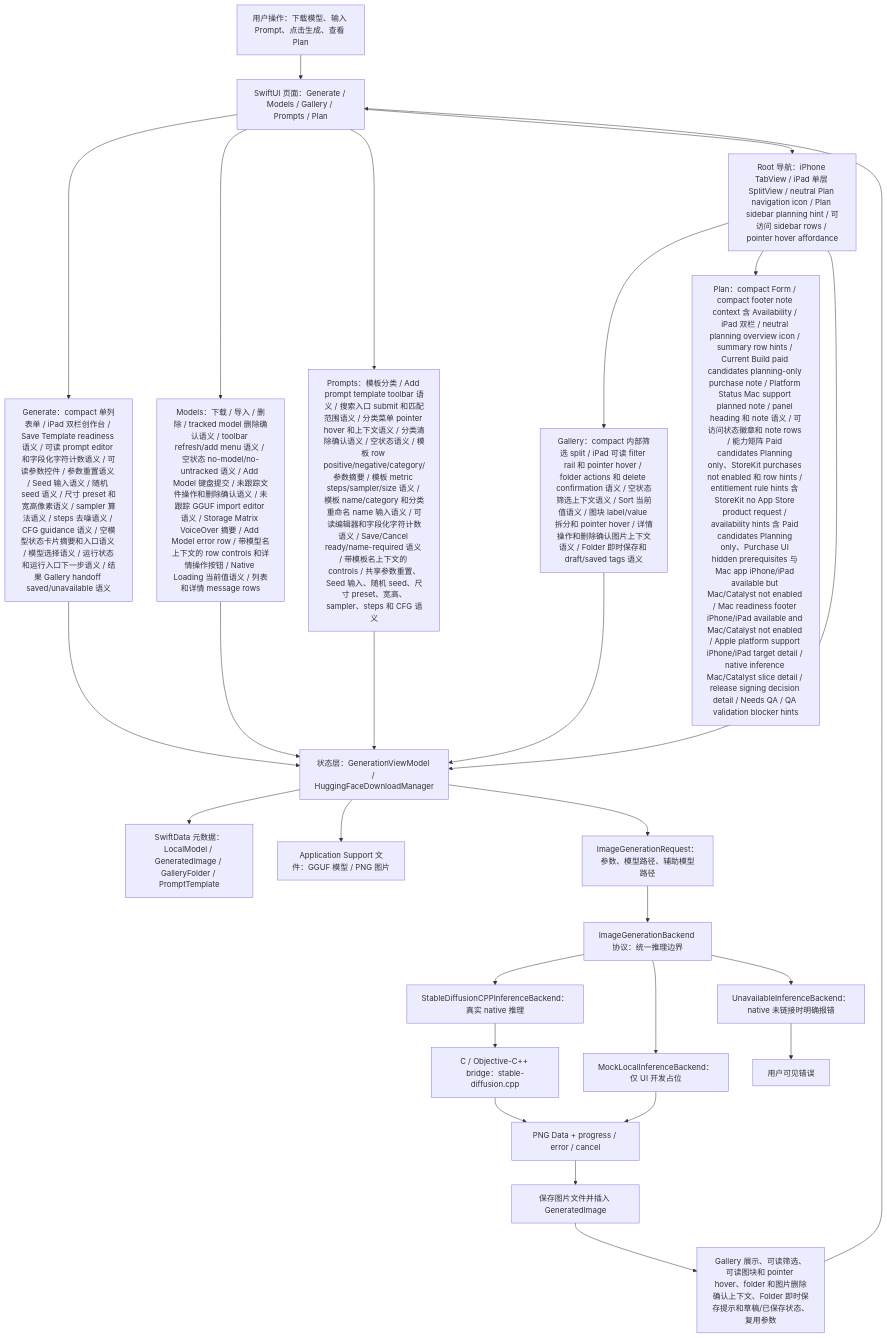
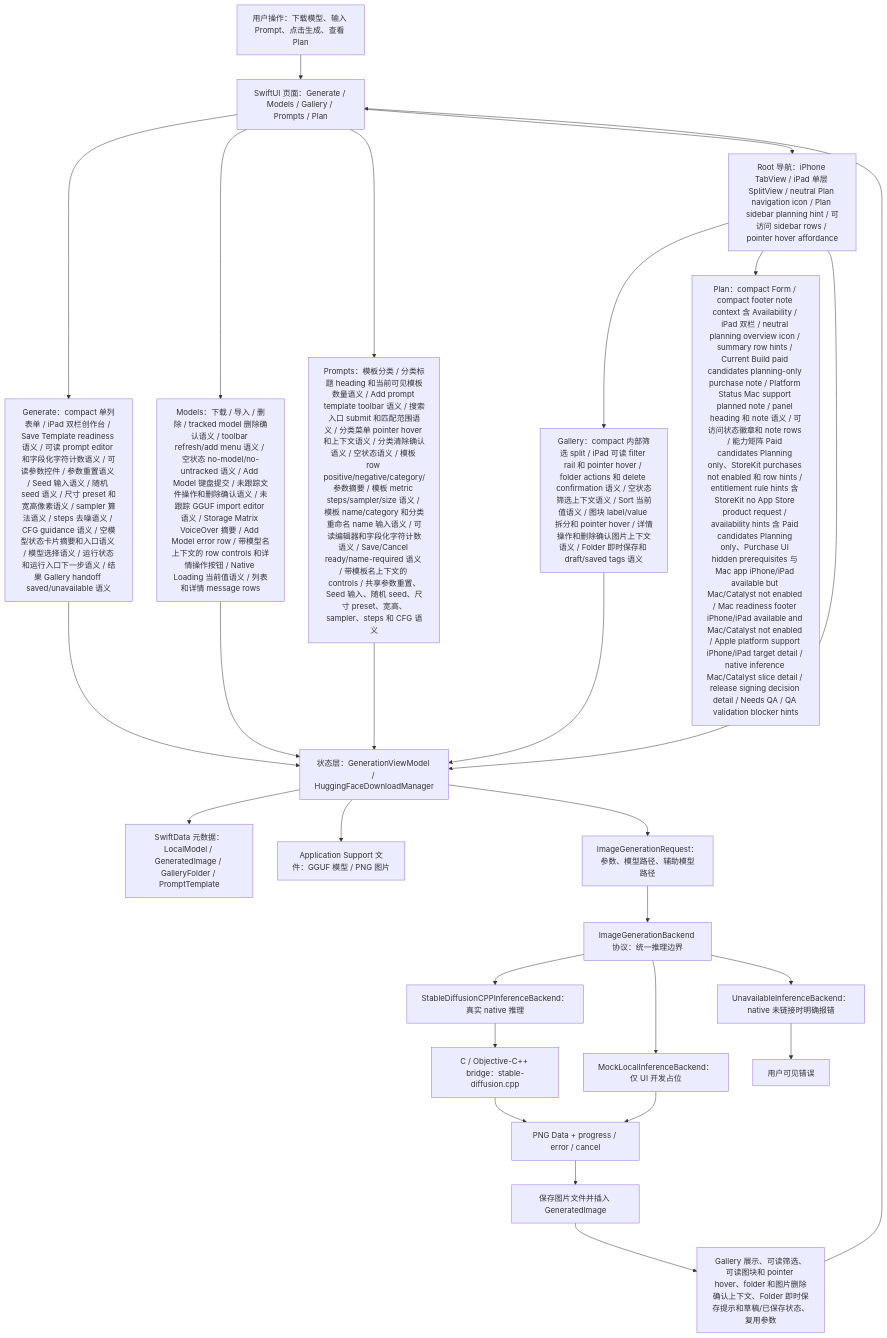
One commit to Altman-sam114/118 changed the first of 7 diagrams in md/flow/flowchart.md. Above: the diagram before and after it, drawn with Mermaid. The commit also changed 5 other files, not shown here.

First line of the commit message:
v1.105: Prompt category header semantics

````diff
--- a/md/flow/flowchart.md
+++ b/md/flow/flowchart.md
@@ -9,29 +9,29 @@
 ```mermaid
 flowchart TD
   U["用户操作：下载模型、输入 Prompt、点击生成、查看 Plan"] --> UI["SwiftUI 页面：Generate / Models / Gallery / Prompts / Plan"]
   UI --> GENUI["Generate：compact 单列表单 / iPad 双栏创作台 / Save Template readiness 语义 / 可读 prompt editor 和字段化字符计数语义 / 可读参数控件 / 参数重置语义 / Seed 输入语义 / 随机 seed 语义 / 尺寸 preset 和宽高像素语义 / sampler 算法语义 / steps 去噪语义 / CFG guidance 语义 / 空模型状态卡片摘要和入口语义 / 模型选择语义 / 运行状态和运行入口下一步语义 / 结果 Gallery handoff saved/unavailable 语义"]
   UI --> MODELUI["Models：下载 / 导入 / 删除 / tracked model 删除确认语义 / toolbar refresh/add menu 语义 / 空状态 no-model/no-untracked 语义 / Add Model 键盘提交 / 未跟踪文件操作和删除确认语义 / 未跟踪 GGUF import editor 语义 / Storage Matrix VoiceOver 摘要 / Add Model error row / 带模型名上下文的 row controls 和详情操作按钮 / Native Loading 当前值语义 / 列表和详情 message rows"]
-  UI --> PROMPTUI["Prompts：模板分类 / Add prompt template toolbar 语义 / 搜索入口 submit 和匹配范围语义 / 分类菜单 pointer hover 和上下文语义 / 分类清除确认语义 / 空状态语义 / 模板 row positive/negative/category/参数摘要 / 模板 metric steps/sampler/size 语义 / 模板 name/category 和分类重命名 name 输入语义 / 可读编辑器和字段化字符计数语义 / Save/Cancel ready/name-required 语义 / 带模板名上下文的 controls / 共享参数重置、Seed 输入、随机 seed、尺寸 preset、宽高、sampler、steps 和 CFG 语义"]
+  UI --> PROMPTUI["Prompts：模板分类 / 分类标题 heading 和当前可见模板数量语义 / Add prompt template toolbar 语义 / 搜索入口 submit 和匹配范围语义 / 分类菜单 pointer hover 和上下文语义 / 分类清除确认语义 / 空状态语义 / 模板 row positive/negative/category/参数摘要 / 模板 metric steps/sampler/size 语义 / 模板 name/category 和分类重命名 name 输入语义 / 可读编辑器和字段化字符计数语义 / Save/Cancel ready/name-required 语义 / 带模板名上下文的 controls / 共享参数重置、Seed 输入、随机 seed、尺寸 preset、宽高、sampler、steps 和 CFG 语义"]
   UI --> NAV["Root 导航：iPhone TabView / iPad 单层 SplitView / neutral Plan navigation icon / Plan sidebar planning hint / 可访问 sidebar rows / pointer hover affordance"]
   NAV --> GALUI["Gallery：compact 内部筛选 split / iPad 可读 filter rail 和 pointer hover / folder actions 和 delete confirmation 语义 / 空状态筛选上下文语义 / Sort 当前值语义 / 图块 label/value 拆分和 pointer hover / 详情操作和删除确认图片上下文语义 / Folder 即时保存和 draft/saved tags 语义"]
   NAV --> PLANUI["Plan：compact Form / compact footer note context 含 Availability / iPad 双栏 / neutral planning overview icon / summary row hints / Current Build paid candidates planning-only purchase note / Platform Status Mac support planned note / panel heading 和 note 语义 / 可访问状态徽章和 note rows / 能力矩阵 Paid candidates Planning only、StoreKit purchases not enabled 和 row hints / entitlement rule hints 含 StoreKit no App Store product request / availability hints 含 Paid candidates Planning only、Purchase UI hidden prerequisites 与 Mac app iPhone/iPad available but Mac/Catalyst not enabled / Mac readiness footer iPhone/iPad available and Mac/Catalyst not enabled / Apple platform support iPhone/iPad target detail / native inference Mac/Catalyst slice detail / release signing decision detail / Needs QA / QA validation blocker hints"]
   NAV --> VM["状态层：GenerationViewModel / HuggingFaceDownloadManager"]
   GENUI --> VM
   MODELUI --> VM
   PROMPTUI --> VM
   GALUI --> VM
   VM --> SD["SwiftData 元数据：LocalModel / GeneratedImage / GalleryFolder / PromptTemplate"]
   VM --> FS["Application Support 文件：GGUF 模型 / PNG 图片"]
   VM --> REQ["ImageGenerationRequest：参数、模型路径、辅助模型路径"]
   REQ --> IFACE["ImageGenerationBackend 协议：统一推理边界"]
   IFACE --> NATIVE["StableDiffusionCPPInferenceBackend：真实 native 推理"]
   IFACE --> MOCK["MockLocalInferenceBackend：仅 UI 开发占位"]
   IFACE --> OFF["UnavailableInferenceBackend：native 未链接时明确报错"]
   NATIVE --> BRIDGE["C / Objective-C++ bridge：stable-diffusion.cpp"]
   BRIDGE --> PNG["PNG Data + progress / error / cancel"]
   MOCK --> PNG
   OFF --> ERR["用户可见错误"]
   PNG --> SAVE["保存图片文件并插入 GeneratedImage"]
   SAVE --> GALLERY["Gallery 展示、可读筛选、可读图块和 pointer hover、folder 和图片删除确认上下文、Folder 即时保存提示和草稿/已保存状态、复用参数"]
   GALLERY --> UI
 ```
````
